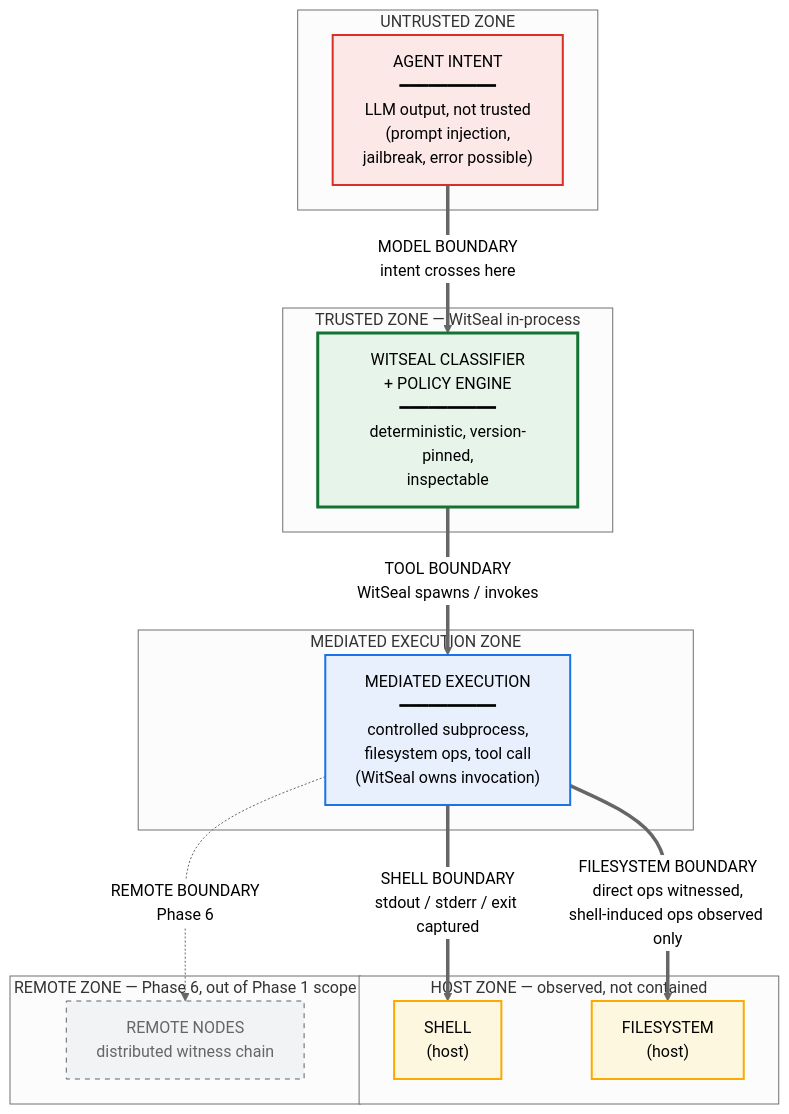
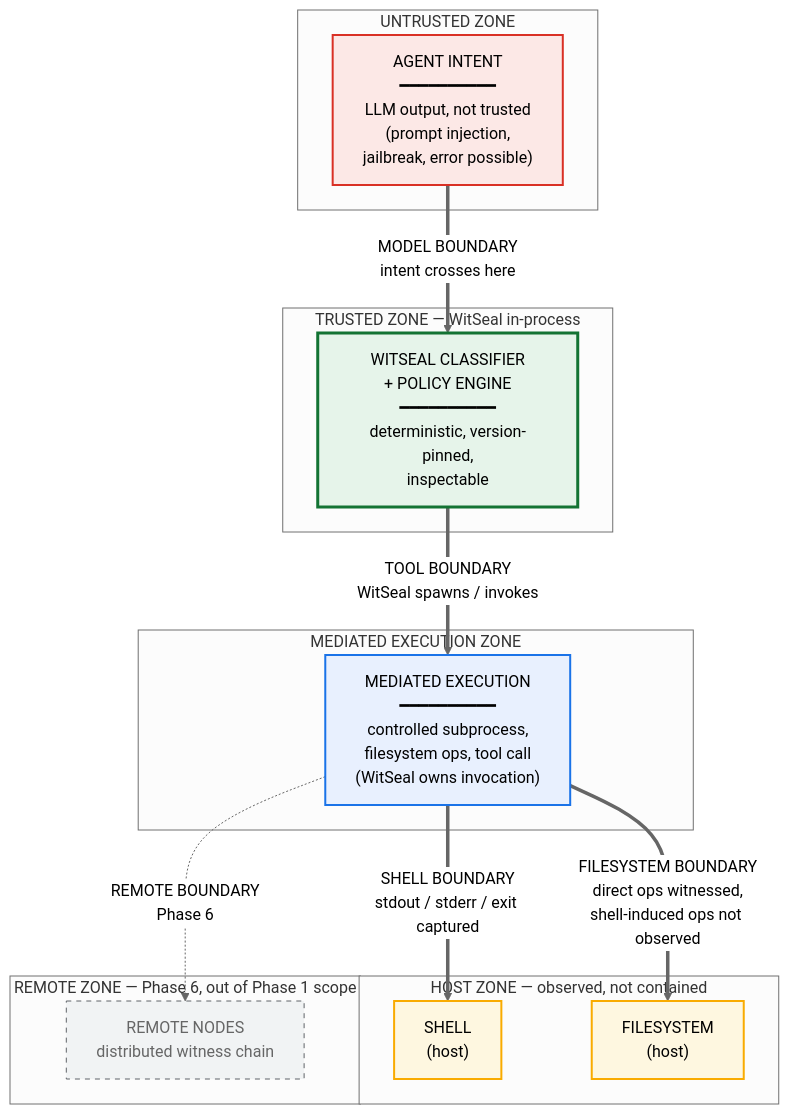
Before and after one commit to WitSeal/witseal: the seventh of 7 diagrams in docs/ARCHITECTURE.md, drawn with Mermaid (neutral theme). The commit also changed other lines of this file and 8 other files, not shown here.

````diff
--- a/docs/ARCHITECTURE.md
+++ b/docs/ARCHITECTURE.md
@@ -389,35 +389,35 @@
 ```mermaid
 flowchart TD
     subgraph untrusted["UNTRUSTED ZONE"]
         AGENT["AGENT INTENT<br/>━━━━━━━━━━<br/>LLM output, not trusted<br/>(prompt injection,<br/>jailbreak, error possible)"]:::untrusted
     end
 
     subgraph trusted["TRUSTED ZONE — WitSeal in-process"]
         WITSEAL["WITSEAL CLASSIFIER<br/>+ POLICY ENGINE<br/>━━━━━━━━━━<br/>deterministic, version-pinned,<br/>inspectable"]:::witseal
     end
 
     subgraph mediated["MEDIATED EXECUTION ZONE"]
         EXEC["MEDIATED EXECUTION<br/>━━━━━━━━━━<br/>controlled subprocess,<br/>filesystem ops, tool call<br/>(WitSeal owns invocation)"]:::mediated
     end
 
     subgraph host["HOST ZONE — observed, not contained"]
         SHELL["SHELL<br/>(host)"]:::host
         FS["FILESYSTEM<br/>(host)"]:::host
     end
 
     subgraph remote["REMOTE ZONE — Phase 6, out of Phase 1 scope"]
         REMOTE_NODE["REMOTE NODES<br/>distributed witness chain"]:::deferred
     end
 
     AGENT ==>|"MODEL BOUNDARY<br/>intent crosses here"| WITSEAL
     WITSEAL ==>|"TOOL BOUNDARY<br/>WitSeal spawns / invokes"| EXEC
     EXEC ==>|"SHELL BOUNDARY<br/>stdout / stderr / exit captured"| SHELL
-    EXEC ==>|"FILESYSTEM BOUNDARY<br/>direct ops witnessed,<br/>shell-induced ops observed only"| FS
+    EXEC ==>|"FILESYSTEM BOUNDARY<br/>direct ops witnessed,<br/>shell-induced ops not observed"| FS
     EXEC -.->|"REMOTE BOUNDARY<br/>Phase 6"| REMOTE_NODE
 
     classDef untrusted fill:#fce8e6,stroke:#d93025,stroke-width:2px,color:#000
     classDef witseal fill:#e6f4ea,stroke:#137333,stroke-width:3px,color:#000
     classDef mediated fill:#e8f0fe,stroke:#1a73e8,stroke-width:2px,color:#000
     classDef host fill:#fef7e0,stroke:#f9ab00,stroke-width:2px,color:#000
     classDef deferred fill:#f1f3f4,stroke:#5f6368,stroke-width:1px,stroke-dasharray:5 5,color:#666
 ```
````
